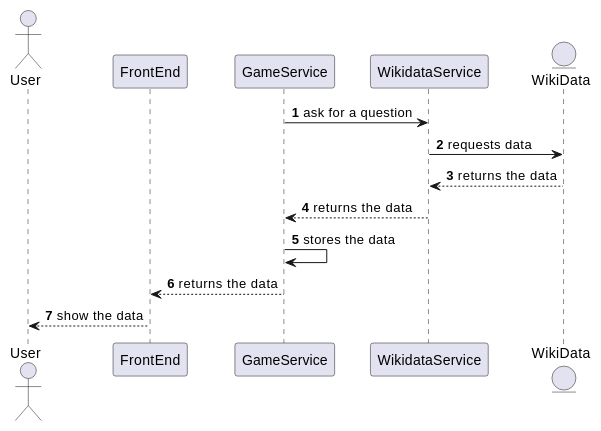
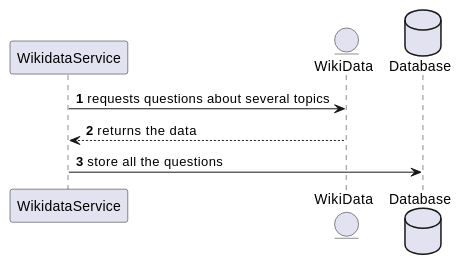
The fourth of 5 diagrams in docs/src/06_runtime_view.adoc (Arquisoft/wichat_en3a), drawn with PlantUML before and after one commit. The commit also changed other lines of this file, not shown here.

```diff
--- a/docs/src/06_runtime_view.adoc
+++ b/docs/src/06_runtime_view.adoc
@@ -139,17 +137,11 @@
 [plantuml,"Question generation 1 diagram",png]
 ----
 autonumber
-actor User
-participant FrontEnd
-participant GameService
 participant WikidataService
 entity WikiData
+database Database
 
-GameService -> WikidataService: ask for a question
-WikidataService -> WikiData: requests data
+WikidataService -> WikiData: requests questions about several topics
 WikiData --> WikidataService: returns the data
-WikidataService --> GameService: returns the data
-GameService -> GameService: stores the data
-GameService --> FrontEnd: returns the data
-FrontEnd --> User: show the data
+WikidataService -> Database: store all the questions
 ----
```
